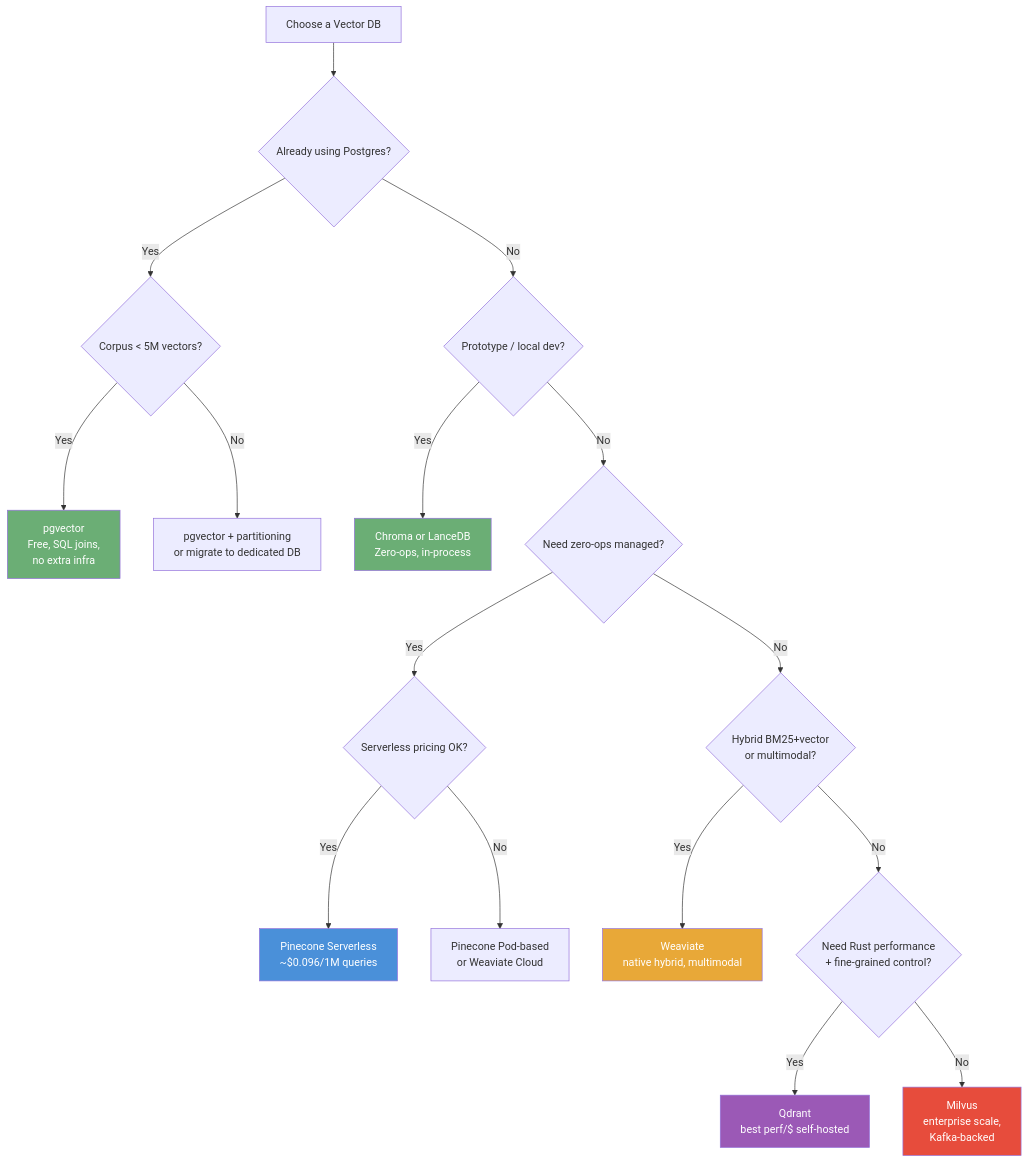
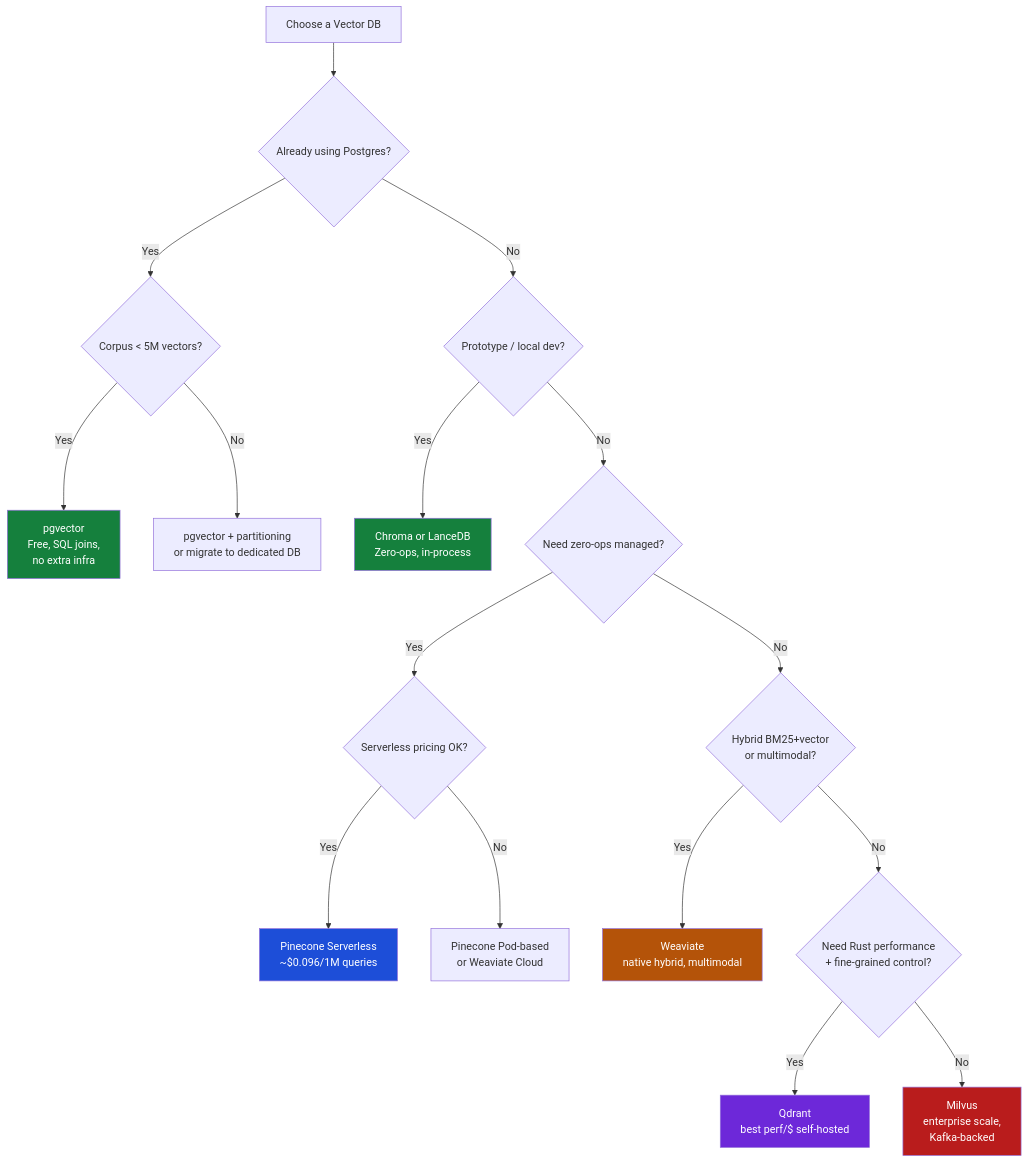
The sixth of 6 diagrams in docs/05-retrieval-systems/02-vector-databases.md (GyanendraChaubey/AI-System-Design-Notes), drawn with Mermaid before and after one commit. The commit also changed other lines of this file and 5 other files, not shown here.

First line of the commit message:
Fix Mermaid diagram rendering errors and dark/light mode color contrast (Sections 1-10)

````diff
--- a/docs/05-retrieval-systems/02-vector-databases.md
+++ b/docs/05-retrieval-systems/02-vector-databases.md
@@ -296,25 +296,25 @@
 ```mermaid
 flowchart TD
     A["Choose a Vector DB"] --> B{"Already using Postgres?"}
     B -->|Yes| C{"Corpus < 5M vectors?"}
     C -->|Yes| D["pgvector\nFree, SQL joins,\nno extra infra"]
     C -->|No| E["pgvector + partitioning\nor migrate to dedicated DB"]
     B -->|No| F{"Prototype / local dev?"}
     F -->|Yes| G["Chroma or LanceDB\nZero-ops, in-process"]
     F -->|No| H{"Need zero-ops managed?"}
     H -->|Yes| I{"Serverless pricing OK?"}
     I -->|Yes| J["Pinecone Serverless\n~$0.096/1M queries"]
     I -->|No| K["Pinecone Pod-based\nor Weaviate Cloud"]
     H -->|No| L{"Hybrid BM25+vector\nor multimodal?"}
     L -->|Yes| M["Weaviate\nnative hybrid, multimodal"]
     L -->|No| N{"Need Rust performance\n+ fine-grained control?"}
     N -->|Yes| O["Qdrant\nbest perf/$ self-hosted"]
     N -->|No| P["Milvus\nenterprise scale,\nKafka-backed"]
 
-    style D fill:#6BAE75,color:#fff
-    style G fill:#6BAE75,color:#fff
-    style J fill:#4A90D9,color:#fff
-    style M fill:#E8A838,color:#fff
-    style O fill:#9B59B6,color:#fff
-    style P fill:#E74C3C,color:#fff
+    style D fill:#15803D,color:#fff
+    style G fill:#15803D,color:#fff
+    style J fill:#1D4ED8,color:#fff
+    style M fill:#B45309,color:#fff
+    style O fill:#6D28D9,color:#fff
+    style P fill:#B91C1C,color:#fff
 ```
````
